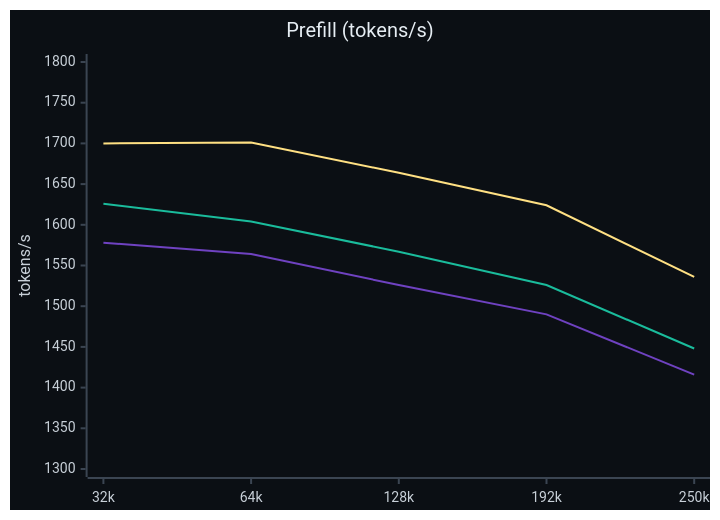
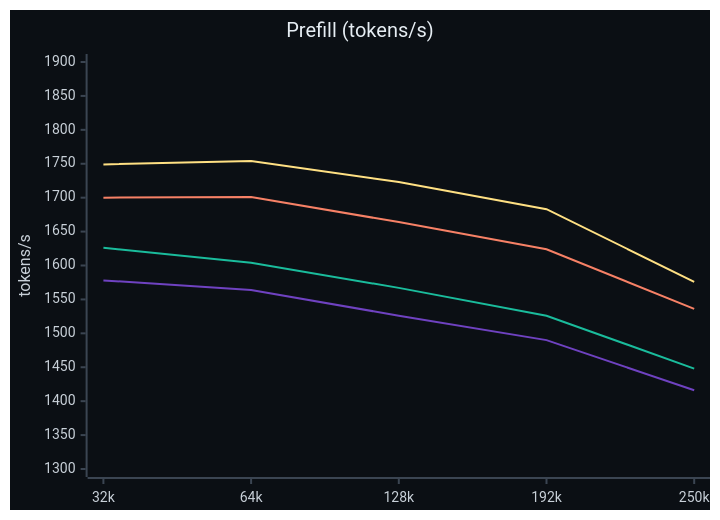
The first of 4 diagrams in docs/RESULTS.md (jaedync/crucible-strix-halo), drawn with Mermaid before and after one commit. The commit also changed other lines of this file and 18 other files, not shown here.

````diff
--- a/docs/RESULTS.md
+++ b/docs/RESULTS.md
@@ -82,10 +88,11 @@
 ```mermaid
-%%{init: {"theme": "base", "themeVariables": {"xyChart": {"backgroundColor": "#0b0f14", "titleColor": "#e6edf3", "xAxisLabelColor": "#c9d1d9", "yAxisLabelColor": "#c9d1d9", "xAxisTitleColor": "#c9d1d9", "yAxisTitleColor": "#c9d1d9", "xAxisLineColor": "#3b4552", "yAxisLineColor": "#3b4552", "xAxisTickColor": "#3b4552", "yAxisTickColor": "#3b4552", "plotColorPalette": "#6f42c1, #1abc9c, #ffe083"}}}}%%
+%%{init: {"theme": "base", "themeVariables": {"xyChart": {"backgroundColor": "#0b0f14", "titleColor": "#e6edf3", "xAxisLabelColor": "#c9d1d9", "yAxisLabelColor": "#c9d1d9", "xAxisTitleColor": "#c9d1d9", "yAxisTitleColor": "#c9d1d9", "xAxisLineColor": "#3b4552", "yAxisLineColor": "#3b4552", "xAxisTickColor": "#3b4552", "yAxisTickColor": "#3b4552", "plotColorPalette": "#6f42c1, #1abc9c, #f78166, #ffe083"}}}}%%
 xychart-beta
     title "Prefill (tokens/s)"
     x-axis ["32k", "64k", "128k", "192k", "250k"]
-    y-axis "tokens/s" 1300 --> 1800
+    y-axis "tokens/s" 1300 --> 1900
     line [1578, 1564, 1526, 1490, 1416]
     line [1626, 1604, 1567, 1526, 1448]
     line [1700, 1701, 1664, 1624, 1536]
+    line [1749, 1754, 1723, 1683, 1576]
 ```
````
